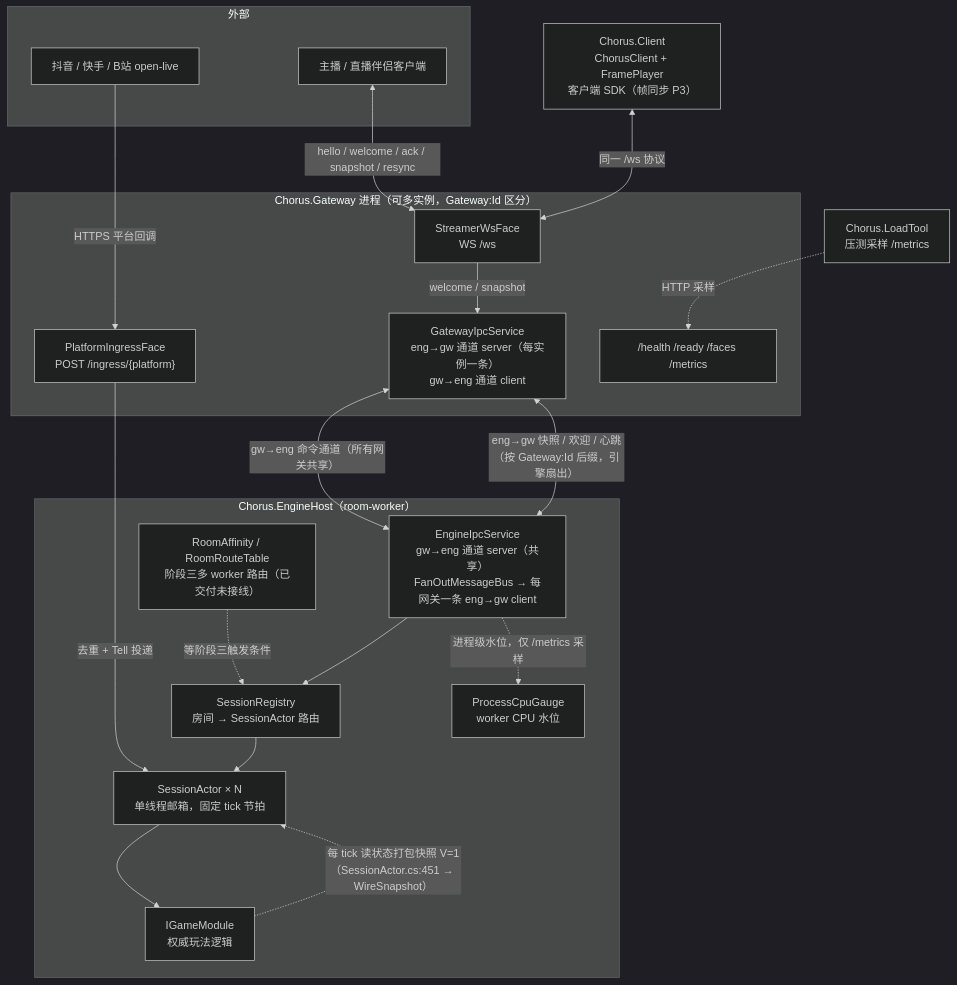
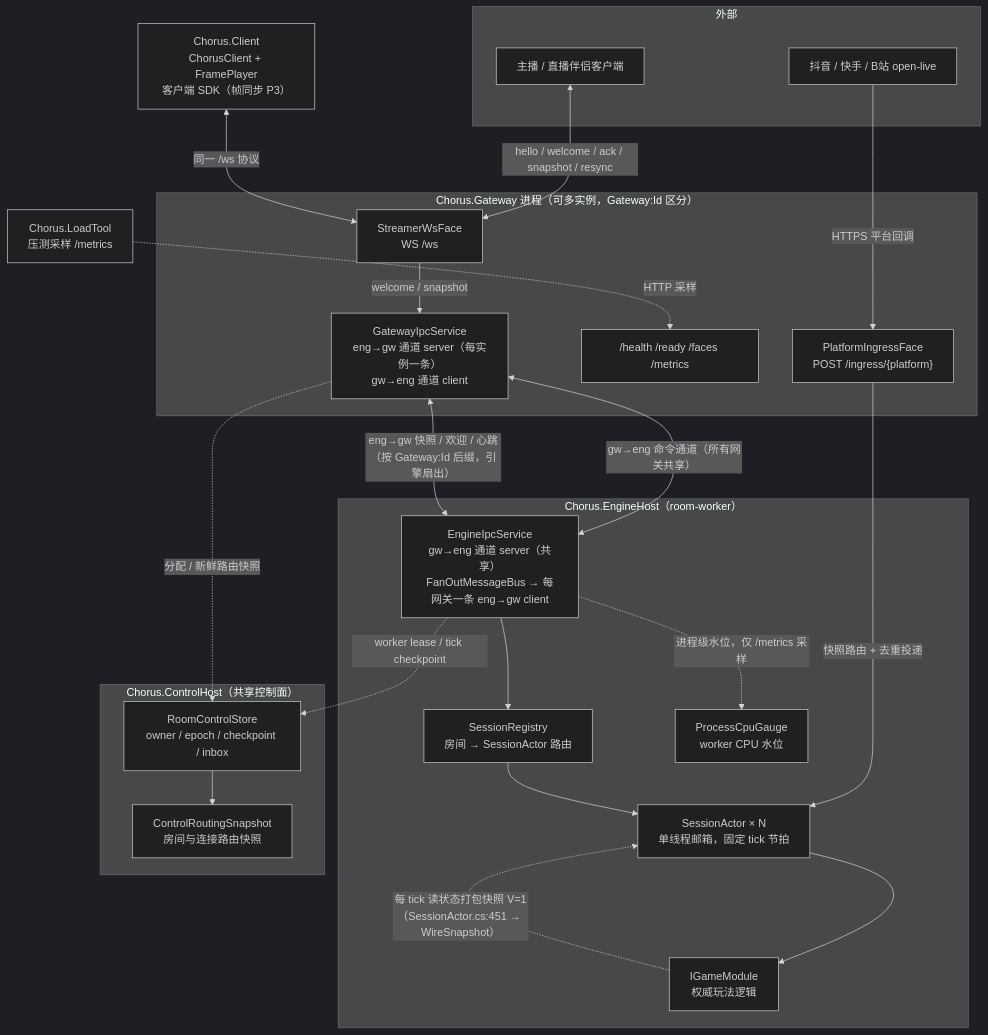
One commit to cuihairu/chorus changed the diagram in docs/design/architecture-overview.md. Above: the diagram before and after it, drawn with Mermaid (dark theme). The commit also changed other lines of this file and 32 other files, not shown here.

````diff
--- a/docs/design/architecture-overview.md
+++ b/docs/design/architecture-overview.md
@@ -12,39 +12,45 @@
 ```mermaid
 flowchart TB
   subgraph EXT["外部"]
     P["抖音 / 快手 / B站 open-live"]
     C["主播 / 直播伴侣客户端"]
   end
 
   subgraph GW["Chorus.Gateway 进程（可多实例，Gateway:Id 区分）"]
     INGRESS["PlatformIngressFace<br/>POST /ingress/{platform}"]
     WS["StreamerWsFace<br/>WS /ws"]
     OPS["/health /ready /faces /metrics"]
     GWIPC["GatewayIpcService<br/>eng→gw 通道 server（每实例一条）<br/>gw→eng 通道 client"]
   end
 
   subgraph WORKER["Chorus.EngineHost（room-worker）"]
     ENGIPC["EngineIpcService<br/>gw→eng 通道 server（共享）<br/>FanOutMessageBus → 每网关一条 eng→gw client"]
     REG["SessionRegistry<br/>房间 → SessionActor 路由"]
     SA["SessionActor × N<br/>单线程邮箱，固定 tick 节拍"]
     GM["IGameModule<br/>权威玩法逻辑"]
-    RT["RoomAffinity / RoomRouteTable<br/>阶段三多 worker 路由（已交付未接线）"]
     CPU["ProcessCpuGauge<br/>worker CPU 水位"]
+  end
+
+  subgraph CONTROL["Chorus.ControlHost（共享控制面）"]
+    ROOMDB["RoomControlStore<br/>owner / epoch / checkpoint / inbox"]
+    ROUTING["ControlRoutingSnapshot<br/>房间与连接路由快照"]
   end
 
   LOADTOOL["Chorus.LoadTool<br/>压测采样 /metrics"]
   SDK["Chorus.Client<br/>ChorusClient + FramePlayer<br/>客户端 SDK（帧同步 P3）"]
 
   P -->|"HTTPS 平台回调"| INGRESS
   C <-->|"hello / welcome / ack / snapshot / resync"| WS
   SDK <-->|"同一 /ws 协议"| WS
-  INGRESS -->|"去重 + Tell 投递"| SA
+  INGRESS -->|"快照路由 + 去重投递"| SA
   WS -->|"welcome / snapshot"| GWIPC
   GWIPC <-->|"gw→eng 命令通道（所有网关共享）"| ENGIPC
   ENGIPC <-->|"eng→gw 快照 / 欢迎 / 心跳（按 Gateway:Id 后缀，引擎扇出）"| GWIPC
   ENGIPC --> REG --> SA --> GM
+  GWIPC -.->|"分配 / 新鲜路由快照"| ROOMDB
+  ENGIPC -.->|"worker lease / tick checkpoint"| ROOMDB
+  ROOMDB --> ROUTING
   GM -.->|"每 tick 读状态打包快照 V=1（SessionActor.cs:451 → WireSnapshot）"| SA
-  RT -.->|"等阶段三触发条件"| REG
   ENGIPC -.->|"进程级水位，仅 /metrics 采样"| CPU
   LOADTOOL -.->|"HTTP 采样"| OPS
 ```
````
